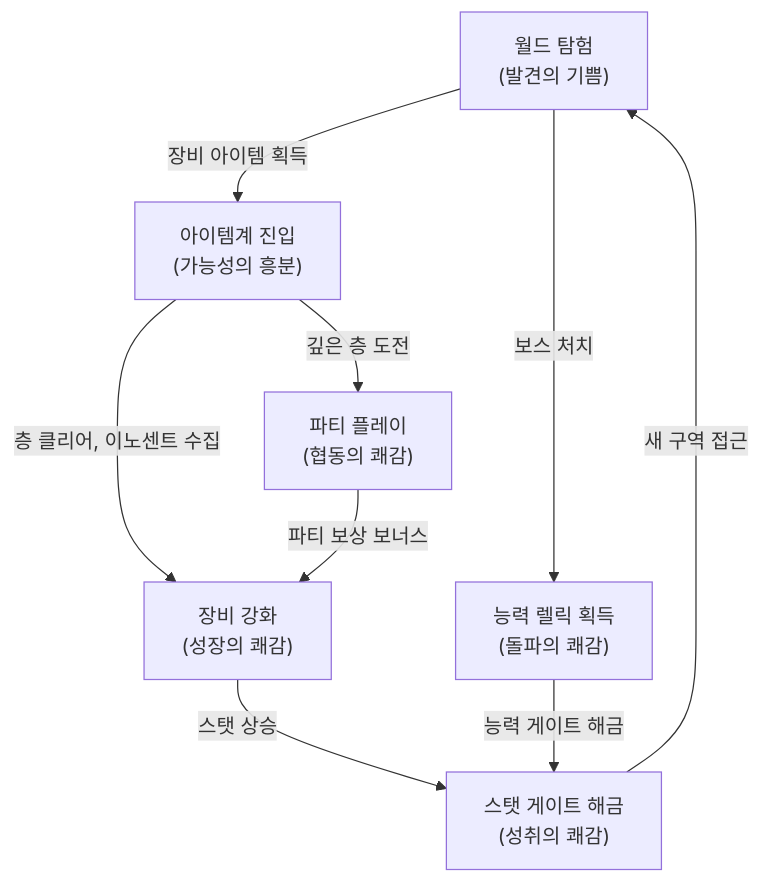
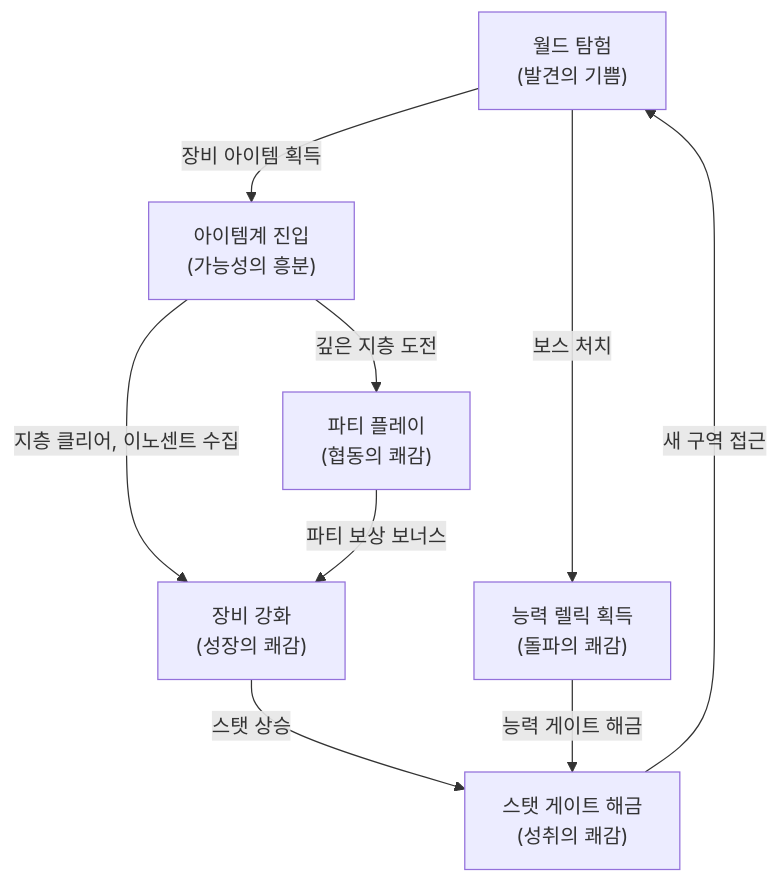
The first of 4 diagrams in Documents/Design/Design_CoreLoop_Circulation.md (Biskraft/ProjectAbyss), drawn with Mermaid before and after one commit. The commit also changed other lines of this file and 18 other files, not shown here.

````diff
--- a/Documents/Design/Design_CoreLoop_Circulation.md
+++ b/Documents/Design/Design_CoreLoop_Circulation.md
@@ -70,13 +70,13 @@
 ```mermaid
 graph TD
     A["월드 탐험<br/>(발견의 기쁨)"] -->|장비 아이템 획득| B["아이템계 진입<br/>(가능성의 흥분)"]
-    B -->|층 클리어, 이노센트 수집| C["장비 강화<br/>(성장의 쾌감)"]
+    B -->|지층 클리어, 이노센트 수집| C["장비 강화<br/>(성장의 쾌감)"]
     C -->|스탯 상승| D["스탯 게이트 해금<br/>(성취의 쾌감)"]
     D -->|새 구역 접근| A
 
     A -->|보스 처치| E["능력 렐릭 획득<br/>(돌파의 쾌감)"]
     E -->|능력 게이트 해금| D
 
-    B -->|깊은 층 도전| F["파티 플레이<br/>(협동의 쾌감)"]
+    B -->|깊은 지층 도전| F["파티 플레이<br/>(협동의 쾌감)"]
     F -->|파티 보상 보너스| C
 ```
````
